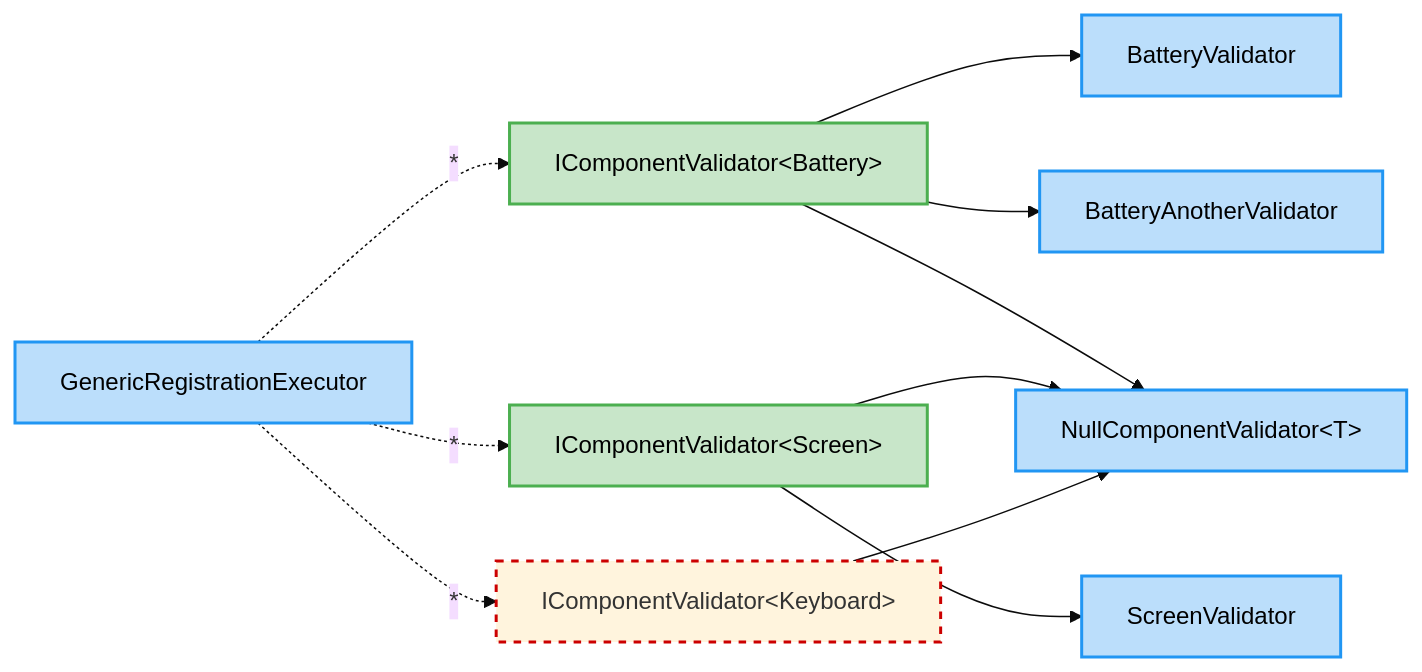
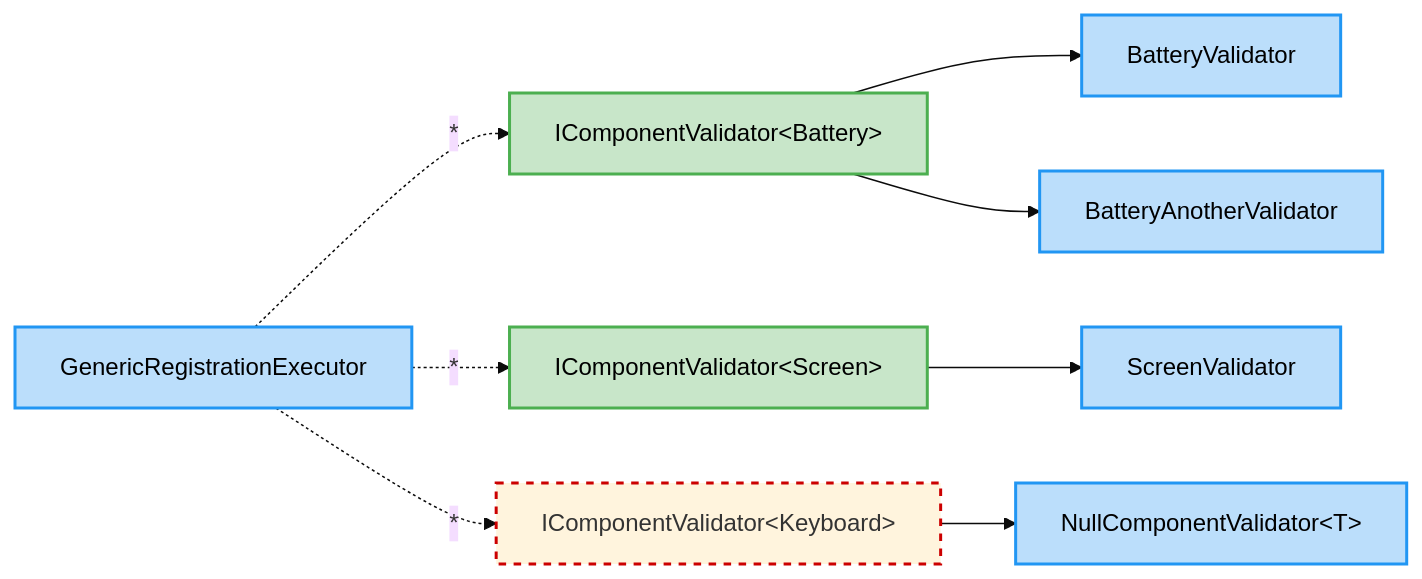
The diagram in examples/Qudi.Example.Readme/exported/GenericRegistrationExecutor.md (arika0093/Qudi), drawn with Mermaid (base theme) before and after one commit. The commit also changed 14 other files, not shown here.

````diff
--- a/examples/Qudi.Example.Readme/exported/GenericRegistrationExecutor.md
+++ b/examples/Qudi.Example.Readme/exported/GenericRegistrationExecutor.md
@@ -1,32 +1,30 @@
 ```mermaid
 flowchart LR
     Qudi_Examples_GenericRegistration_NullComponentValidator_T_["NullComponentValidator#lt;T#gt;"]
     Qudi_Examples_GenericRegistration_BatteryValidator["BatteryValidator"]
     Qudi_Examples_GenericRegistration_IComponentValidator_Qudi_Examples_GenericRegistration_Battery_["IComponentValidator#lt;Battery#gt;"]
     Qudi_Examples_GenericRegistration_BatteryAnotherValidator["BatteryAnotherValidator"]
     Qudi_Examples_GenericRegistration_ScreenValidator["ScreenValidator"]
     Qudi_Examples_GenericRegistration_IComponentValidator_Qudi_Examples_GenericRegistration_Screen_["IComponentValidator#lt;Screen#gt;"]
     Qudi_Examples_GenericRegistration_GenericRegistrationExecutor["GenericRegistrationExecutor"]
     Qudi_Examples_GenericRegistration_IComponentValidator_Qudi_Examples_GenericRegistration_Keyboard_["IComponentValidator#lt;Keyboard#gt;"]
     Qudi_Examples_GenericRegistration_IComponentValidator_Qudi_Examples_GenericRegistration_Battery_ --> Qudi_Examples_GenericRegistration_BatteryValidator
     Qudi_Examples_GenericRegistration_IComponentValidator_Qudi_Examples_GenericRegistration_Battery_ --> Qudi_Examples_GenericRegistration_BatteryAnotherValidator
     Qudi_Examples_GenericRegistration_IComponentValidator_Qudi_Examples_GenericRegistration_Screen_ --> Qudi_Examples_GenericRegistration_ScreenValidator
     Qudi_Examples_GenericRegistration_GenericRegistrationExecutor -.->|"*"| Qudi_Examples_GenericRegistration_IComponentValidator_Qudi_Examples_GenericRegistration_Battery_
     Qudi_Examples_GenericRegistration_GenericRegistrationExecutor -.->|"*"| Qudi_Examples_GenericRegistration_IComponentValidator_Qudi_Examples_GenericRegistration_Screen_
     Qudi_Examples_GenericRegistration_GenericRegistrationExecutor -.->|"*"| Qudi_Examples_GenericRegistration_IComponentValidator_Qudi_Examples_GenericRegistration_Keyboard_
-    Qudi_Examples_GenericRegistration_IComponentValidator_Qudi_Examples_GenericRegistration_Battery_ --> Qudi_Examples_GenericRegistration_NullComponentValidator_T_
-    Qudi_Examples_GenericRegistration_IComponentValidator_Qudi_Examples_GenericRegistration_Screen_ --> Qudi_Examples_GenericRegistration_NullComponentValidator_T_
     Qudi_Examples_GenericRegistration_IComponentValidator_Qudi_Examples_GenericRegistration_Keyboard_ --> Qudi_Examples_GenericRegistration_NullComponentValidator_T_
     classDef missing stroke:#c00,stroke-width:2px,stroke-dasharray:5 5;
     class Qudi_Examples_GenericRegistration_IComponentValidator_Qudi_Examples_GenericRegistration_Keyboard_ missing;
     classDef interface fill:#c8e6c9,stroke:#4caf50,stroke-width:2px,color:#000;
     class Qudi_Examples_GenericRegistration_IComponentValidator_Qudi_Examples_GenericRegistration_Battery_ interface;
     class Qudi_Examples_GenericRegistration_IComponentValidator_Qudi_Examples_GenericRegistration_Screen_ interface;
     classDef cls fill:#bbdefb,stroke:#2196f3,stroke-width:2px,color:#000;
     class Qudi_Examples_GenericRegistration_NullComponentValidator_T_ cls;
     class Qudi_Examples_GenericRegistration_BatteryValidator cls;
     class Qudi_Examples_GenericRegistration_BatteryAnotherValidator cls;
     class Qudi_Examples_GenericRegistration_ScreenValidator cls;
     class Qudi_Examples_GenericRegistration_GenericRegistrationExecutor cls;
 
 ```
````
